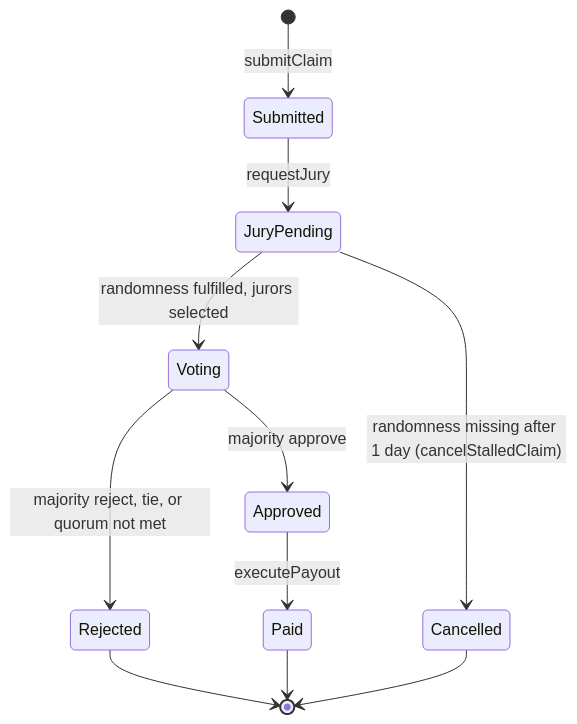
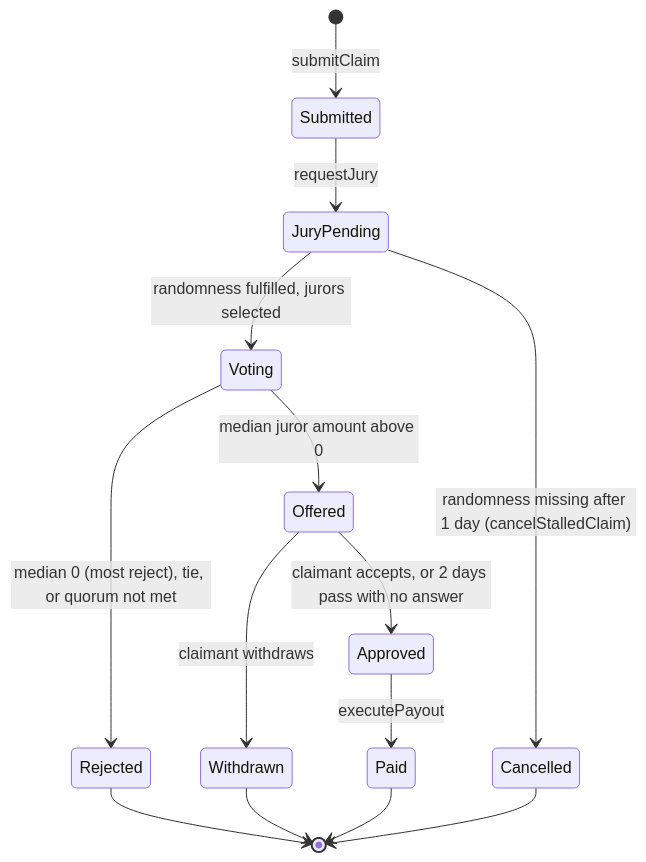
The third of 5 diagrams in docs/design-doc.md (StephanieNgu/trust-pool), drawn with Mermaid before and after one commit. The commit also changed other lines of this file and 33 other files, not shown here.

First line of the commit message:
Let jurors vote an amount with a note; pay the median as an offer

````diff
--- a/docs/design-doc.md
+++ b/docs/design-doc.md
@@ -151,13 +157,16 @@
 ```mermaid
 stateDiagram-v2
     [*] --> Submitted : submitClaim
     Submitted --> JuryPending : requestJury
     JuryPending --> Voting : randomness fulfilled, jurors selected
-    Voting --> Approved : majority approve
+    Voting --> Offered : median juror amount above 0
     JuryPending --> Cancelled : randomness missing after 1 day (cancelStalledClaim)
-    Voting --> Rejected : majority reject, tie, or quorum not met
+    Voting --> Rejected : median 0 (most reject), tie, or quorum not met
+    Offered --> Approved : claimant accepts, or 2 days pass with no answer
+    Offered --> Withdrawn : claimant withdraws
     Approved --> Paid : executePayout
     Rejected --> [*]
+    Withdrawn --> [*]
     Paid --> [*]
     Cancelled --> [*]
 ```
````
